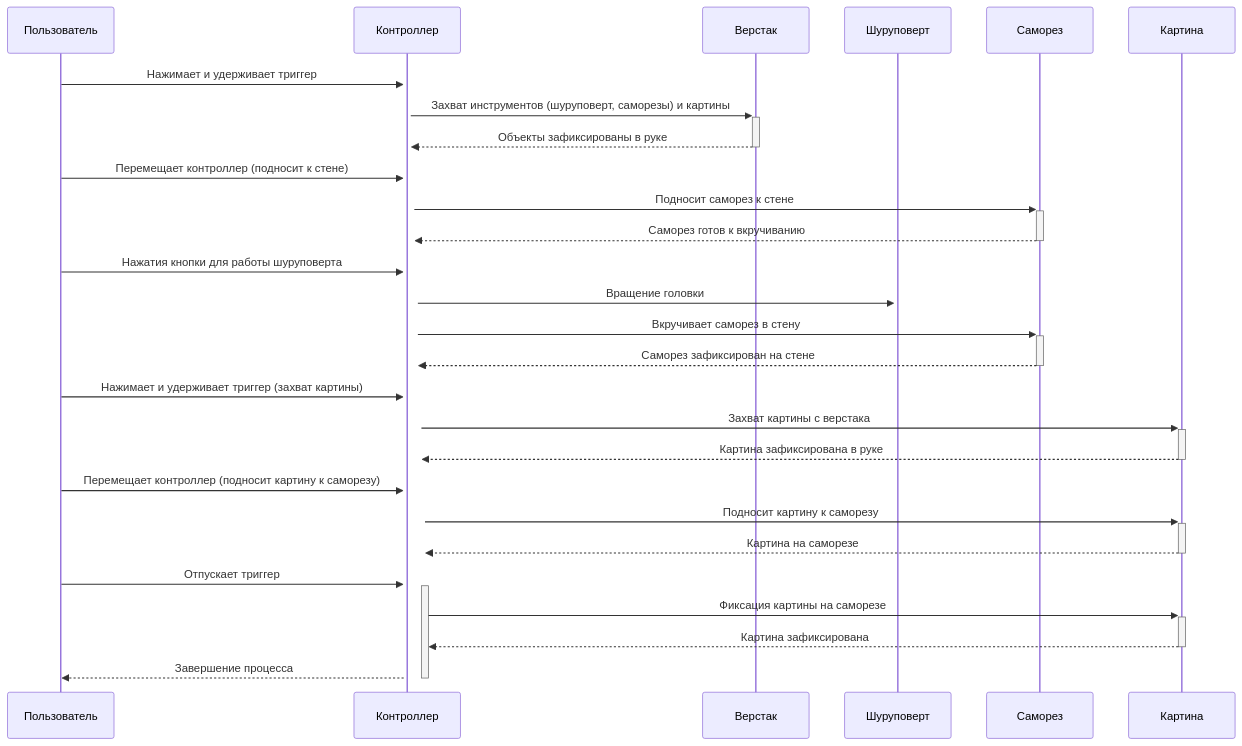
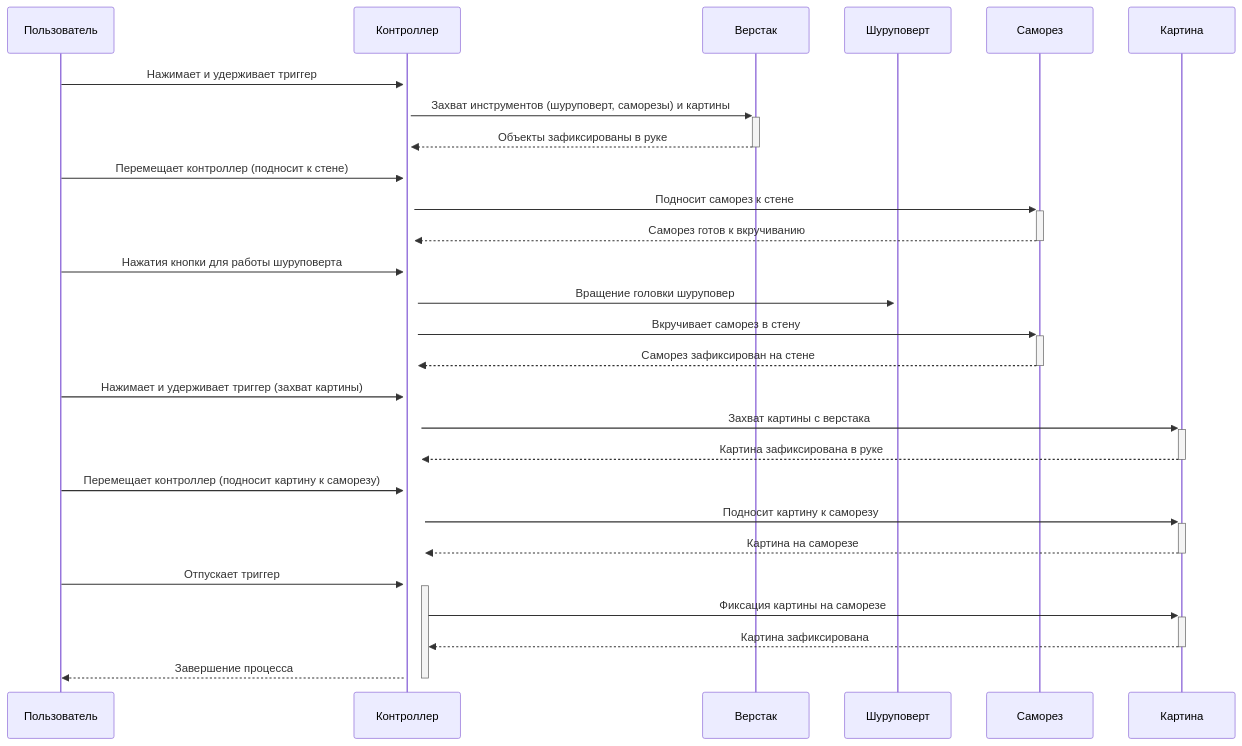
One commit to NerdyCep/iodraw-files changed the diagram in all/не называться-1.md. Above: the diagram before and after it, drawn with Mermaid.

Commit message:
2025-02-25 18:27:38 update

````diff
--- a/all/не называться-1.md
+++ b/all/не называться-1.md
@@ -1,31 +1,31 @@
 ```mermaid
 sequenceDiagram
     participant Пользователь
     participant Контроллер
     participant Верстак
     participant Шуруповерт
     participant Саморез
     participant Картина
     
 
     Пользователь->>+Контроллер: Нажимает и удерживает триггер
     Контроллер->>+Верстак: Захват инструментов (шуруповерт, саморезы) и картины
     Верстак-->>-Контроллер: Объекты зафиксированы в руке
     Пользователь->>+Контроллер: Перемещает контроллер (подносит к стене)
     Контроллер->>+Саморез: Подносит саморез к стене
     Саморез-->>-Контроллер: Саморез готов к вкручиванию
     Пользователь->>+Контроллер: Нажатия кнопки для работы шуруповерта
-    Контроллер->>+Шуруповерт: Вращение головки
+    Контроллер->>+Шуруповерт: Вращение головки шуруповер
     Контроллер->>+Саморез: Вкручивает саморез в стену
     Саморез-->>-Контроллер: Саморез зафиксирован на стене
     Пользователь->>+Контроллер: Нажимает и удерживает триггер (захват картины)
     Контроллер->>+Картина: Захват картины с верстака
     Картина-->>-Контроллер: Картина зафиксирована в руке
     Пользователь->>+Контроллер: Перемещает контроллер (подносит картину к саморезу)
     Контроллер->>+Картина: Подносит картину к саморезу
     Картина-->>-Контроллер: Картина на саморезе
     Пользователь->>+Контроллер: Отпускает триггер
     Контроллер->>+Картина: Фиксация картины на саморезе
     Картина-->>-Контроллер: Картина зафиксирована
     Контроллер-->>-Пользователь: Завершение процесса
 ```
````
